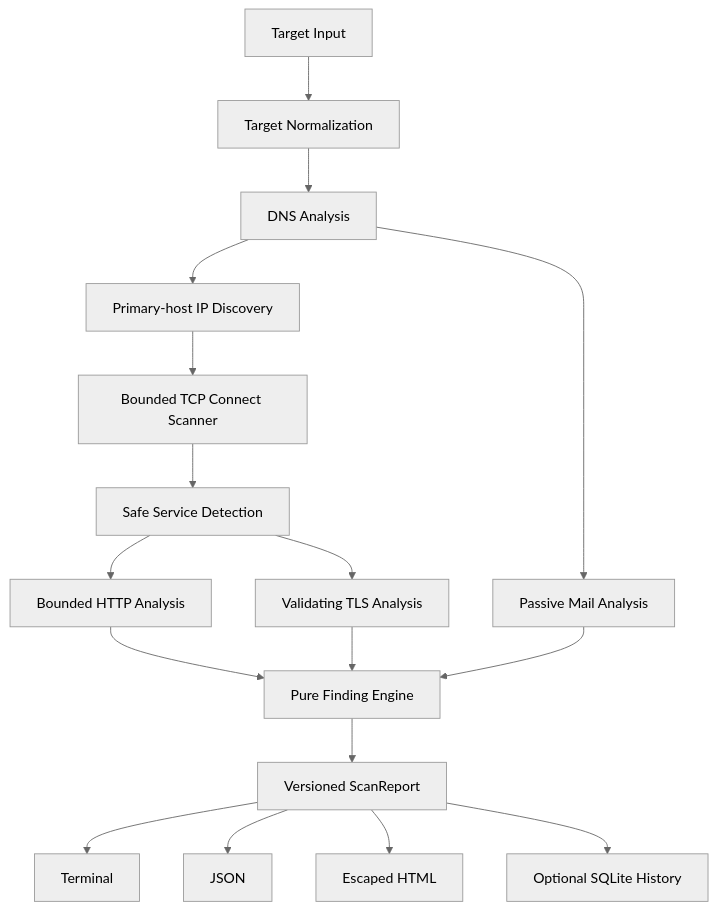
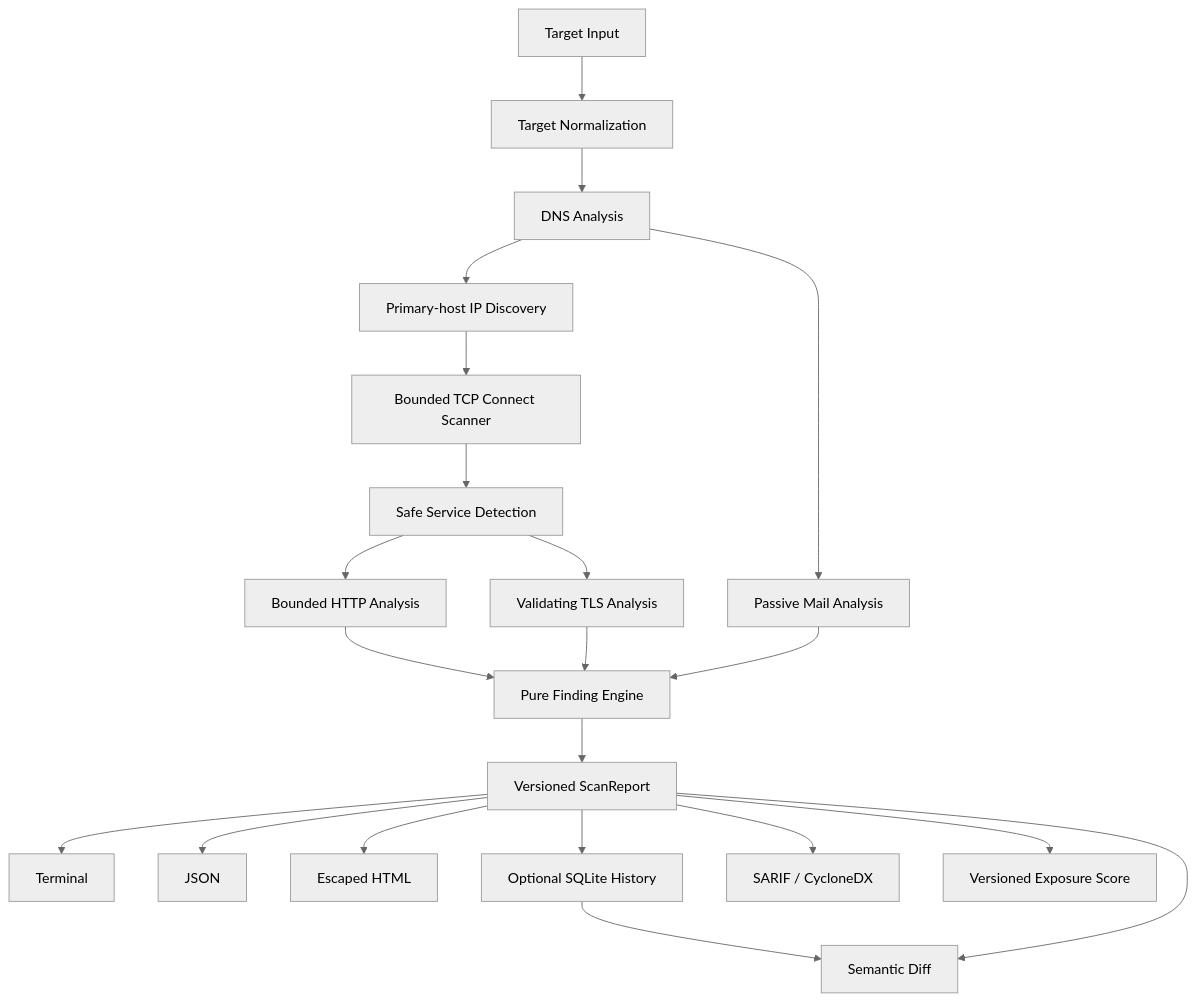
The diagram in docs/architecture.md (bxn-dev/surface), drawn with Mermaid (neutral theme) before and after one commit. The commit also changed other lines of this file and 18 other files, not shown here.

````diff
--- a/docs/architecture.md
+++ b/docs/architecture.md
@@ -3,19 +3,23 @@
 ```mermaid
 flowchart TD
     A[Target Input] --> B[Target Normalization]
     B --> C[DNS Analysis]
     C --> D[Primary-host IP Discovery]
     D --> E[Bounded TCP Connect Scanner]
     E --> F[Safe Service Detection]
     F --> G[Bounded HTTP Analysis]
     F --> H[Validating TLS Analysis]
     C --> I[Passive Mail Analysis]
     G --> J[Pure Finding Engine]
     H --> J
     I --> J
     J --> K[Versioned ScanReport]
     K --> L[Terminal]
     K --> M[JSON]
     K --> N[Escaped HTML]
     K --> O[Optional SQLite History]
+    K --> P[SARIF / CycloneDX]
+    K --> Q[Versioned Exposure Score]
+    O --> R[Semantic Diff]
+    K --> R
 ```
````
